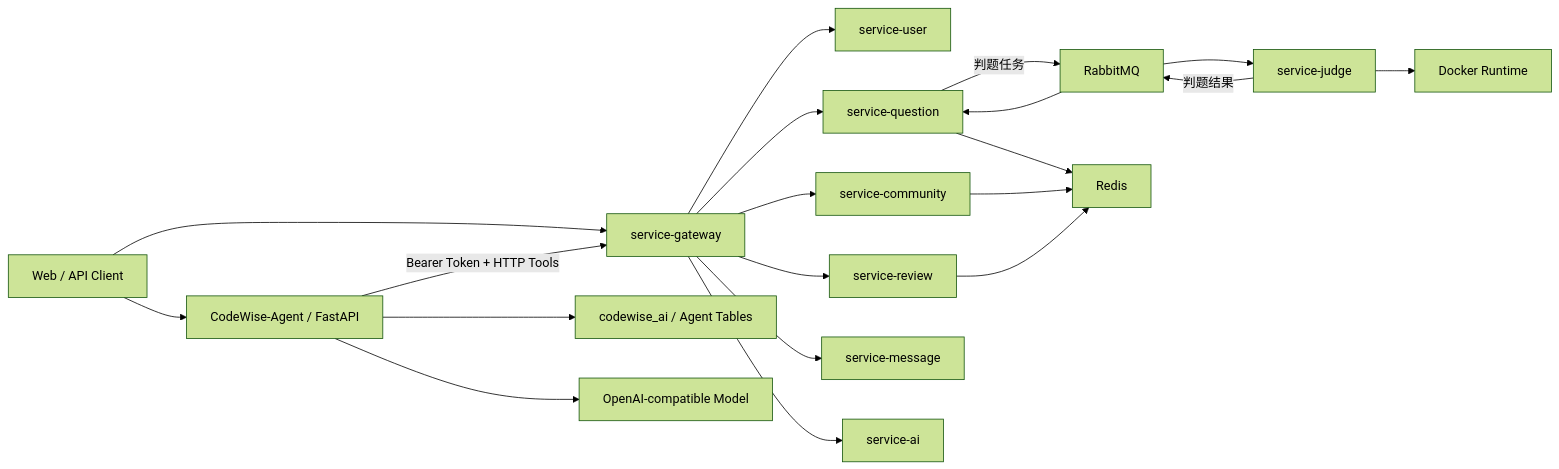
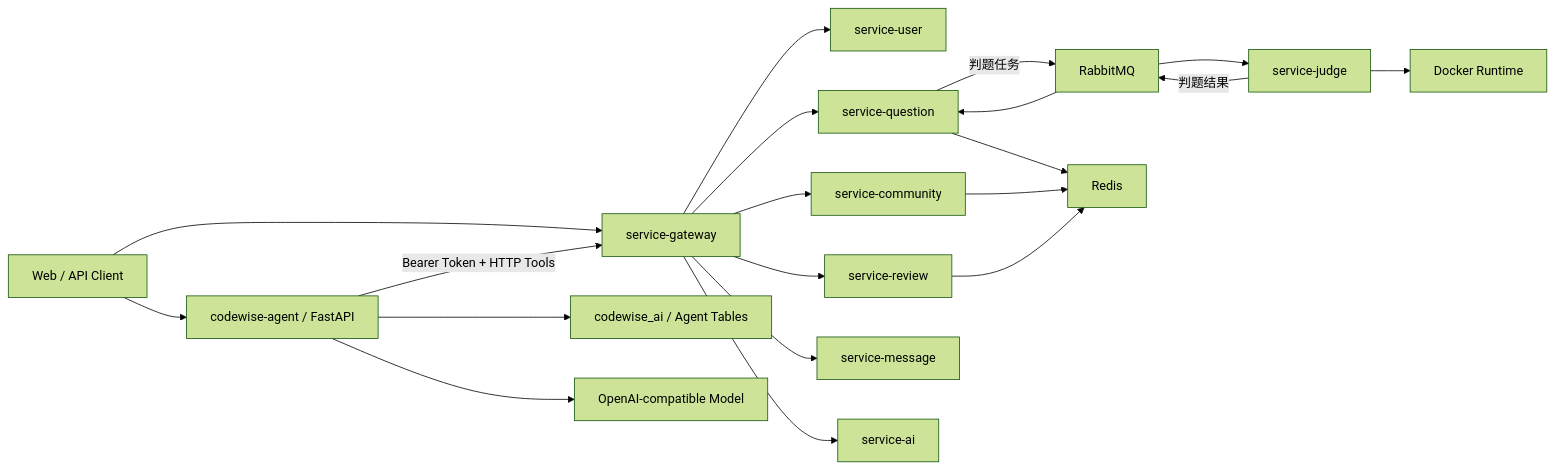
One commit to BIGLV666/CodeWise changed the diagram in README.md. Above: the diagram before and after it, drawn with Mermaid (forest theme). The commit also changed other lines of this file and 110 other files, not shown here.

````diff
--- a/README.md
+++ b/README.md
@@ -17,24 +17,24 @@
 ```mermaid
 flowchart LR
     Client["Web / API Client"] --> Gateway["service-gateway"]
     Gateway --> User["service-user"]
     Gateway --> Question["service-question"]
     Gateway --> Review["service-review"]
     Gateway --> Community["service-community"]
     Gateway --> Message["service-message"]
     Gateway --> AI["service-ai"]
-    Client --> Agent["CodeWise-Agent / FastAPI"]
+    Client --> Agent["codewise-agent / FastAPI"]
     Agent -->|"Bearer Token + HTTP Tools"| Gateway
     Agent --> AgentDB["codewise_ai / Agent Tables"]
     Agent --> LLM["OpenAI-compatible Model"]
 
     Question -->|"判题任务"| MQ["RabbitMQ"]
     MQ --> Judge["service-judge"]
     Judge -->|"判题结果"| MQ
     MQ --> Question
 
     Judge --> Docker["Docker Runtime"]
     Question --> Redis["Redis"]
     Community --> Redis
     Review --> Redis
 ```
````
